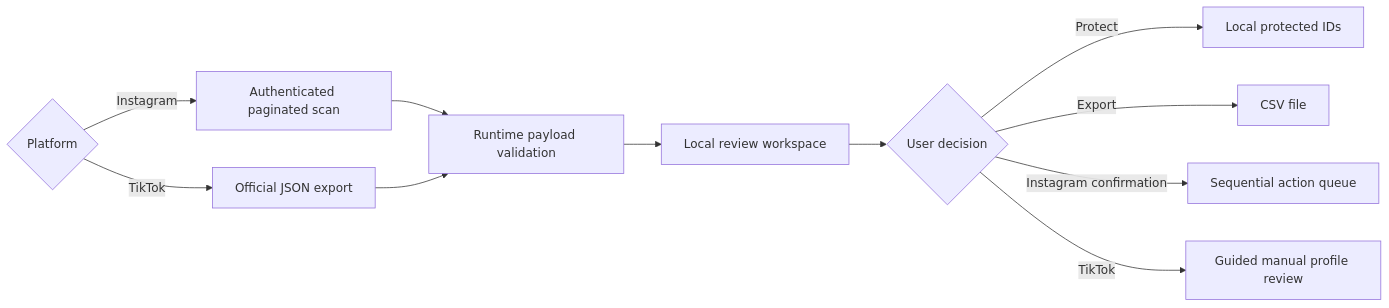
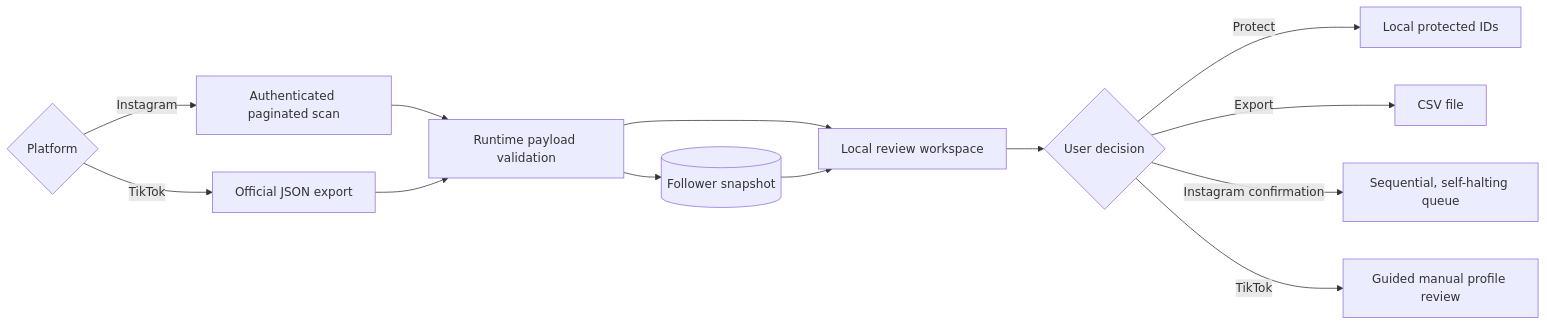
One commit to marquezinii/follow-audit changed the diagram in README.md. Above: the diagram before and after it, drawn with Mermaid. The commit also changed other lines of this file and 67 other files, not shown here.

````diff
--- a/README.md
+++ b/README.md
@@ -69,13 +79,14 @@
 ```mermaid
 flowchart LR
     A{Platform} -->|Instagram| B[Authenticated paginated scan]
     A -->|TikTok| C[Official JSON export]
     B --> D[Runtime payload validation]
     C --> D
     D --> E[Local review workspace]
+    D --> S[(Follower snapshot)] --> E
     E --> F{User decision}
     F -->|Protect| G[Local protected IDs]
     F -->|Export| H[CSV file]
-    F -->|Instagram confirmation| I[Sequential action queue]
+    F -->|Instagram confirmation| I[Sequential, self-halting queue]
     F -->|TikTok| J[Guided manual profile review]
 ```
````
